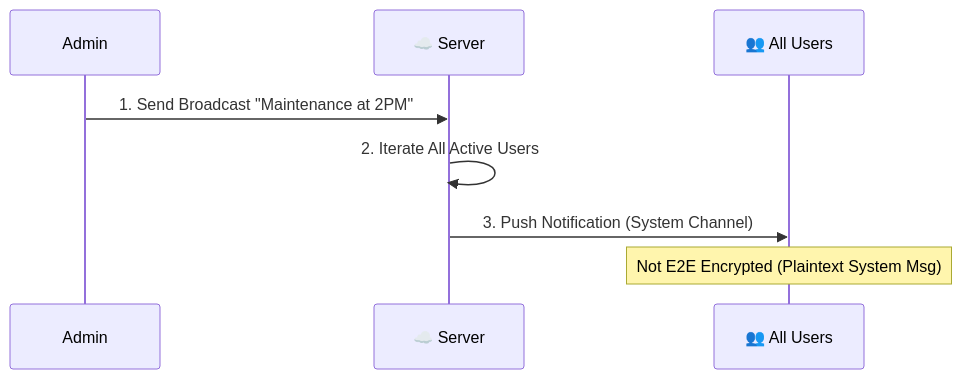
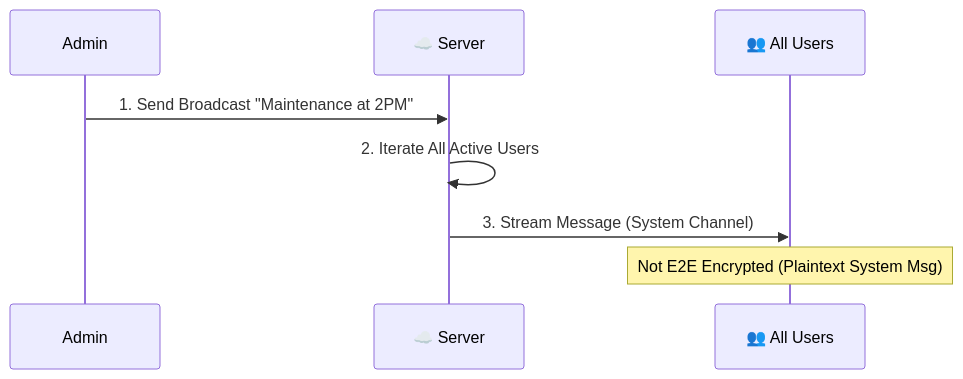
Diagram 14 of 18 in use_case.md (sameerctinfotech/temp-share), drawn with Mermaid before and after one commit. The commit also changed other lines of this file and 1 other file, not shown here.

````diff
--- a/use_case.md
+++ b/use_case.md
@@ -299,11 +299,11 @@
 ```mermaid
 sequenceDiagram
     participant Admin
     participant Server as ☁️ Server
     participant AllUsers as 👥 All Users
     
     Admin->>Server: 1. Send Broadcast "Maintenance at 2PM"
     Server->>Server: 2. Iterate All Active Users
-    Server->>AllUsers: 3. Push Notification (System Channel)
+    Server->>AllUsers: 3. Stream Message (System Channel)
     Note over AllUsers: Not E2E Encrypted (Plaintext System Msg)
 ```
````
